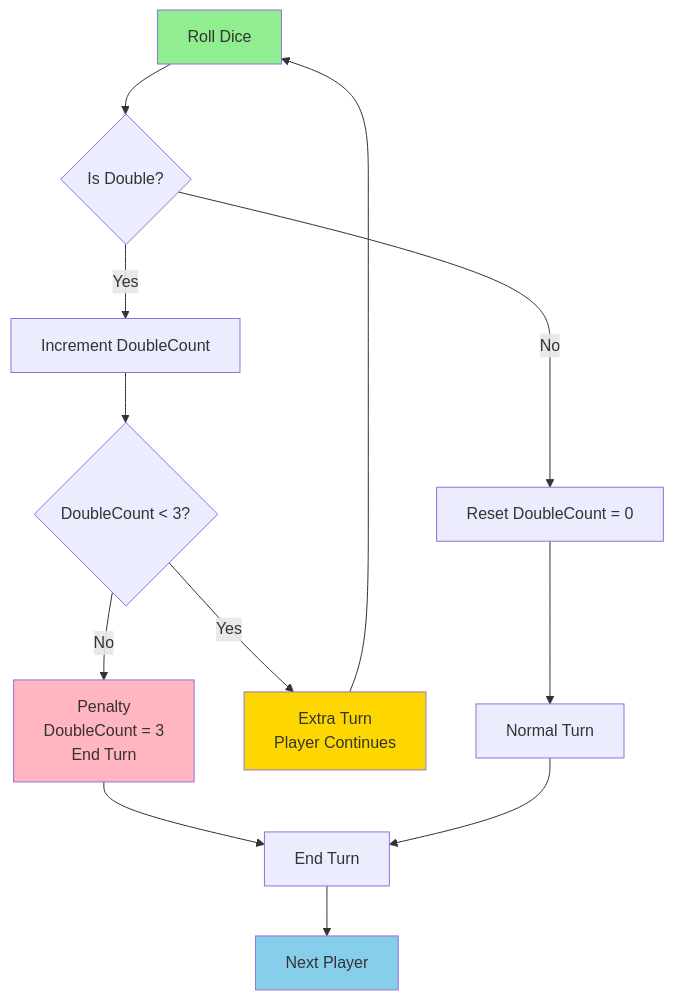
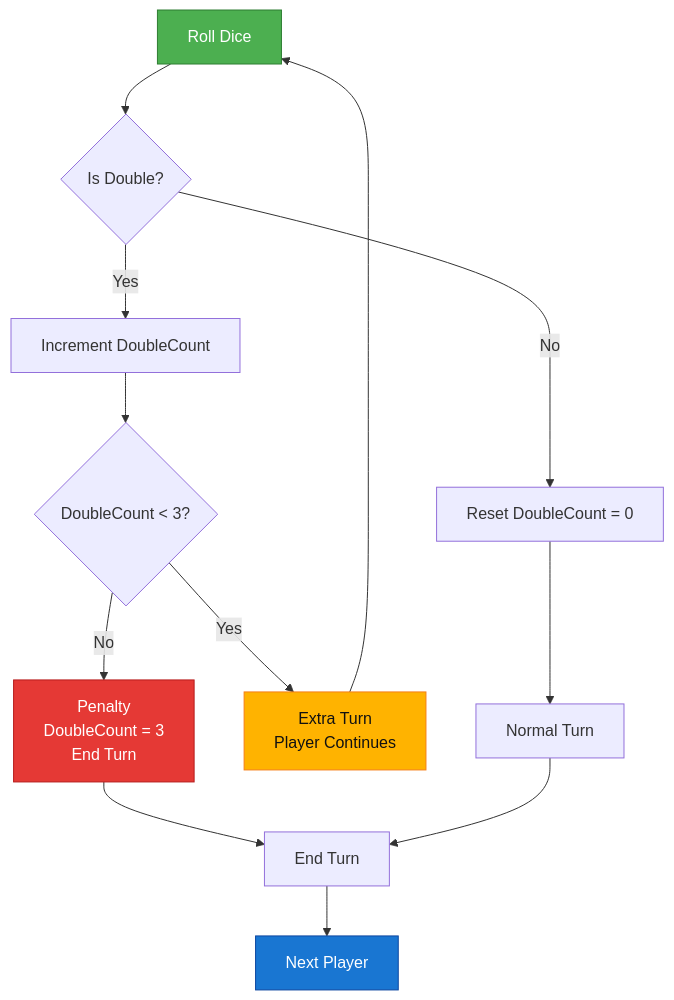
One commit to huanchainrgp/ludo-docs changed diagram 16 of 17 in gameplay-diagram.md. Above: the diagram before and after it, drawn with Mermaid. The commit also changed other lines of this file and 1 other file, not shown here.

````diff
--- a/gameplay-diagram.md
+++ b/gameplay-diagram.md
@@ -664,24 +664,24 @@
 ```mermaid
 flowchart TD
     RollDice[Roll Dice] --> CheckDouble{Is Double?}
     
     CheckDouble -->|No| ResetDouble[Reset DoubleCount = 0]
     ResetDouble --> NormalTurn[Normal Turn]
     
     CheckDouble -->|Yes| IncrementDouble[Increment DoubleCount]
     IncrementDouble --> CheckCount{DoubleCount < 3?}
     
     CheckCount -->|Yes| ExtraTurn[Extra Turn<br/>Player Continues]
     ExtraTurn --> RollDice
     
     CheckCount -->|No| PenaltyTurn[Penalty<br/>DoubleCount = 3<br/>End Turn]
     PenaltyTurn --> EndTurn[End Turn]
     
     NormalTurn --> EndTurn
     EndTurn --> NextPlayer[Next Player]
     
-    style RollDice fill:#90EE90
-    style ExtraTurn fill:#FFD700
-    style PenaltyTurn fill:#FFB6C1
-    style NextPlayer fill:#87CEEB
+    style RollDice fill:#4CAF50,stroke:#2E7D32,color:#FFFFFF
+    style ExtraTurn fill:#FFB300,stroke:#F57F17,color:#111111
+    style PenaltyTurn fill:#E53935,stroke:#B71C1C,color:#FFFFFF
+    style NextPlayer fill:#1976D2,stroke:#0D47A1,color:#FFFFFF
 ```
````
